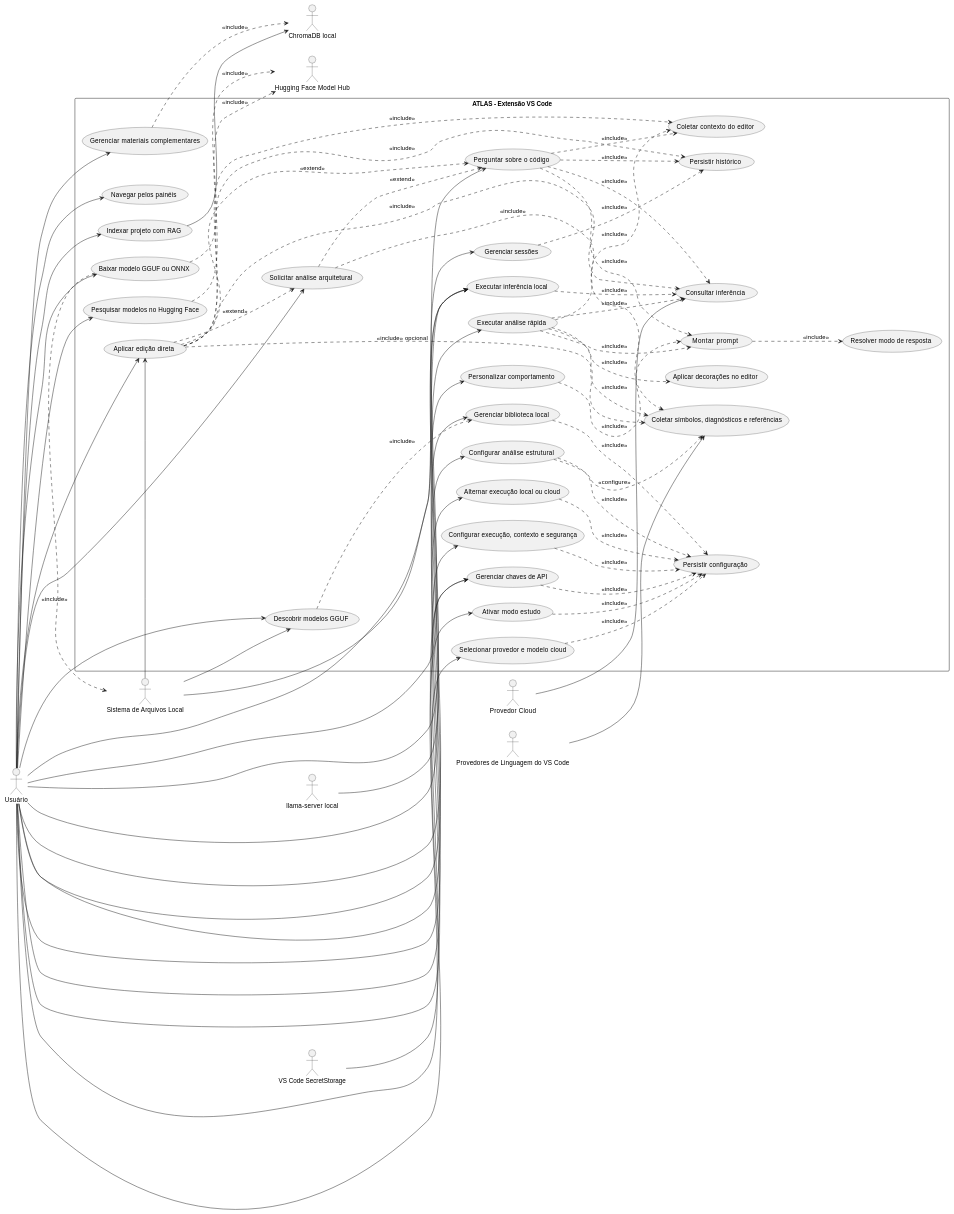
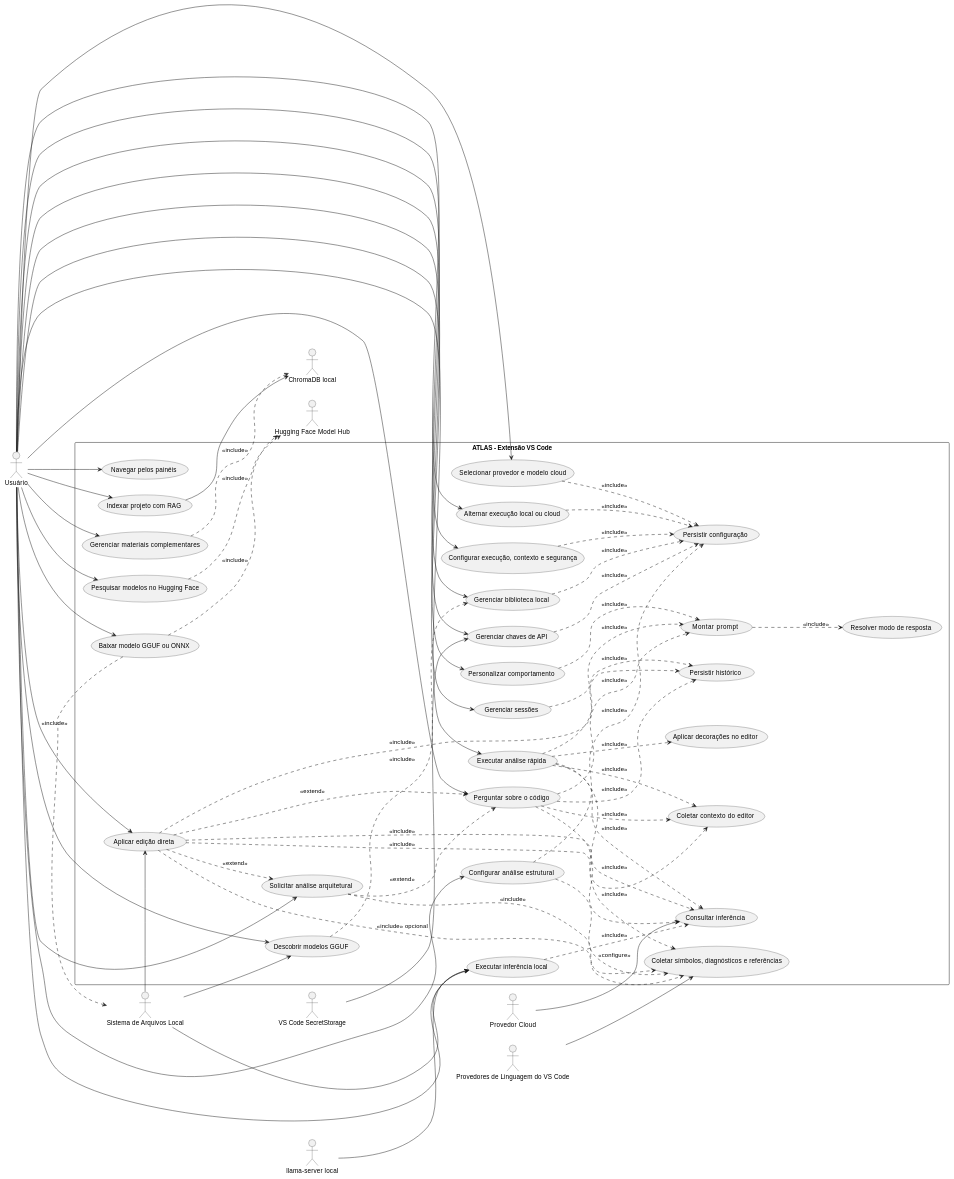
The first of 7 diagrams in docs/plantuml-diagramas-gerais-atlas.md (JVictorVI/ATLAS), drawn with PlantUML before and after one commit. The commit also changed other lines of this file and 20 other files, not shown here.

````diff
--- a/docs/plantuml-diagramas-gerais-atlas.md
+++ b/docs/plantuml-diagramas-gerais-atlas.md
@@ -75,23 +75,22 @@
   usecase "Perguntar sobre o código" as UC001
   usecase "Executar análise rápida" as UC002
   usecase "Solicitar análise arquitetural" as UC003
-  usecase "Ativar modo estudo" as UC004
-  usecase "Gerenciar chaves de API" as UC005
-  usecase "Selecionar provedor e modelo cloud" as UC006
-  usecase "Alternar execução local ou cloud" as UC007
-  usecase "Configurar execução, contexto e segurança" as UC008
-  usecase "Personalizar comportamento" as UC009
-  usecase "Gerenciar biblioteca local" as UC010
-  usecase "Navegar pelos painéis" as UC011
-  usecase "Gerenciar sessões" as UC012
-  usecase "Executar inferência local" as UC013
-  usecase "Descobrir modelos GGUF" as UC014
-  usecase "Indexar projeto com RAG" as UC015
-  usecase "Pesquisar modelos no Hugging Face" as UC016
-  usecase "Baixar modelo GGUF ou ONNX" as UC017
-  usecase "Gerenciar materiais complementares" as UC018
-  usecase "Configurar análise estrutural" as UC019
-  usecase "Aplicar edição direta" as UC020
+  usecase "Gerenciar chaves de API" as UC004
+  usecase "Selecionar provedor e modelo cloud" as UC005
+  usecase "Alternar execução local ou cloud" as UC006
+  usecase "Configurar execução, contexto e segurança" as UC007
+  usecase "Personalizar comportamento" as UC008
+  usecase "Gerenciar biblioteca local" as UC009
+  usecase "Navegar pelos painéis" as UC010
+  usecase "Gerenciar sessões" as UC011
+  usecase "Executar inferência local" as UC012
+  usecase "Descobrir modelos GGUF" as UC013
+  usecase "Indexar projeto com RAG" as UC014
+  usecase "Pesquisar modelos no Hugging Face" as UC015
+  usecase "Baixar modelo GGUF ou ONNX" as UC016
+  usecase "Gerenciar materiais complementares" as UC017
+  usecase "Configurar análise estrutural" as UC018
+  usecase "Aplicar edição direta" as UC019
 
   usecase "Coletar contexto do editor" as INC_Contexto
   usecase "Montar prompt" as INC_Prompt
@@ -122,7 +121,6 @@
 Usuario --> UC017
 Usuario --> UC018
 Usuario --> UC019
-Usuario --> UC020
 
 UC001 ..> INC_Contexto : <<include>>
 UC001 ..> INC_Prompt : <<include>>
@@ -135,38 +133,37 @@
 UC002 ..> INC_Estrutura : <<include>>
 UC003 ..> UC001 : <<extend>>
 UC003 ..> INC_Estrutura : <<include>>
-UC020 ..> UC001 : <<extend>>
-UC020 ..> UC003 : <<extend>>
-UC020 ..> INC_Contexto : <<include>>
-UC020 ..> INC_Inferencia : <<include>>
-UC020 ..> INC_Historico : <<include>>
-UC020 ..> INC_Estrutura : <<include>> opcional
+UC019 ..> UC001 : <<extend>>
+UC019 ..> UC003 : <<extend>>
+UC019 ..> INC_Contexto : <<include>>
+UC019 ..> INC_Inferencia : <<include>>
+UC019 ..> INC_Historico : <<include>>
+UC019 ..> INC_Estrutura : <<include>> opcional
 UC004 ..> INC_Config : <<include>>
 UC005 ..> INC_Config : <<include>>
 UC006 ..> INC_Config : <<include>>
 UC007 ..> INC_Config : <<include>>
-UC008 ..> INC_Config : <<include>>
-UC019 ..> INC_Config : <<include>>
-UC019 ..> INC_Estrutura : <<configure>>
-UC009 ..> INC_Prompt : <<include>>
-UC010 ..> INC_Config : <<include>>
-UC012 ..> INC_Historico : <<include>>
-UC013 ..> INC_Inferencia : <<include>>
-UC014 ..> UC010 : <<include>>
+UC018 ..> INC_Config : <<include>>
+UC018 ..> INC_Estrutura : <<configure>>
+UC008 ..> INC_Prompt : <<include>>
+UC009 ..> INC_Config : <<include>>
+UC011 ..> INC_Historico : <<include>>
+UC012 ..> INC_Inferencia : <<include>>
+UC013 ..> UC009 : <<include>>
 INC_Prompt ..> INC_Modo : <<include>>
 
 ProvedorCloud --> INC_Inferencia
-LlamaServer --> UC013
-SecretStorage --> UC005
+LlamaServer --> UC012
+SecretStorage --> UC004
 LanguageProviders --> INC_Estrutura
-FileSystem --> UC014
 FileSystem --> UC013
-FileSystem --> UC020
+FileSystem --> UC012
+FileSystem --> UC019
 
-UC015 --> BaseVetorial
+UC014 --> BaseVetorial
+UC015 ..> RepoModelos : <<include>>
 UC016 ..> RepoModelos : <<include>>
-UC017 ..> RepoModelos : <<include>>
-UC017 ..> FileSystem : <<include>>
-UC018 ..> BaseVetorial : <<include>>
+UC016 ..> FileSystem : <<include>>
+UC017 ..> BaseVetorial : <<include>>
 @enduml
 ```
````
